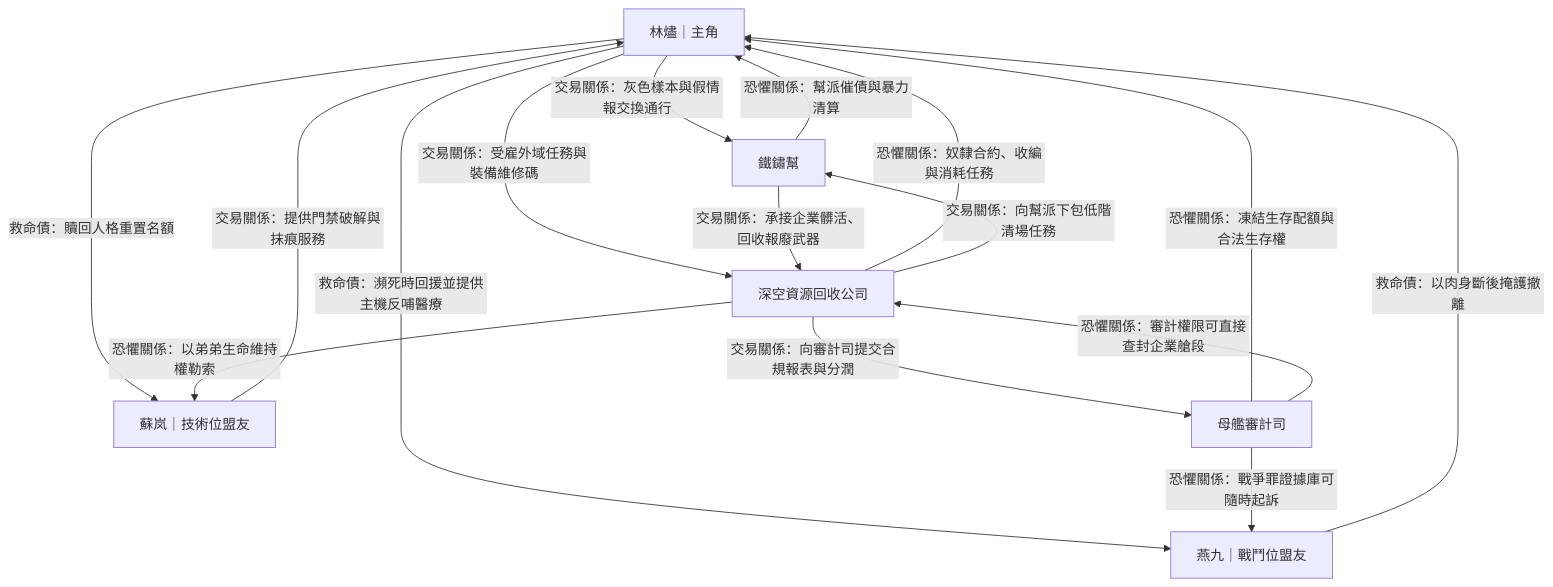
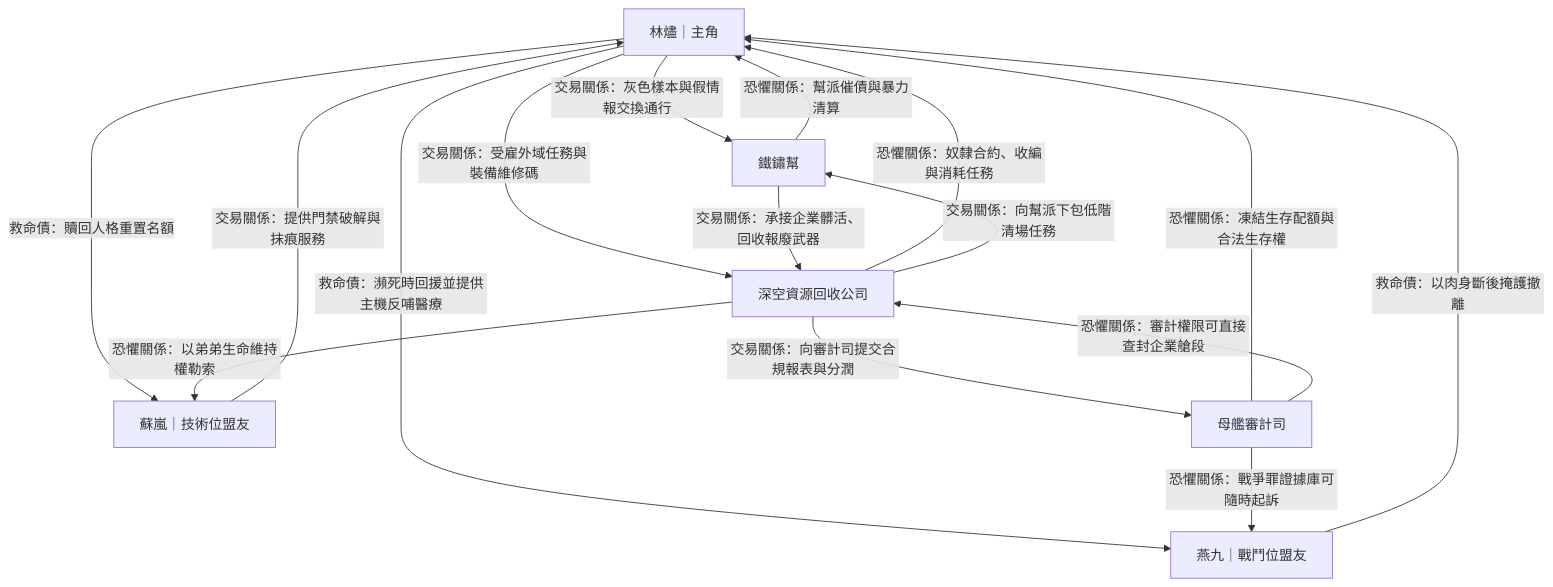
The diagram in 02_PROJECT_DATABASE/99_ARCHIVE/no_crawl/legacy_structure/00_核心設定/09_勢力設定.md (skydreamer0/novel_ark-micro-civ), drawn with Mermaid before and after one commit. The commit also changed other lines of this file and 169 other files, not shown here.

````diff
--- a/02_PROJECT_DATABASE/99_ARCHIVE/no_crawl/legacy_structure/00_核心設定/09_勢力設定.md
+++ b/02_PROJECT_DATABASE/99_ARCHIVE/no_crawl/legacy_structure/00_核心設定/09_勢力設定.md
@@ -14,30 +14,30 @@
 ```mermaid
 graph TD
     LJ[林燼｜主角]
     WT[燕九｜戰鬥位盟友]
-    SL[蘇岚｜技術位盟友]
+    SL[蘇嵐｜技術位盟友]
     TX[鐵鏽幫]
     DS[深空資源回收公司]
     AU[母艦審計司]
 
     LJ -->|救命債：瀕死時回援並提供主機反哺醫療| WT
     WT -->|救命債：以肉身斷後掩護撤離| LJ
 
     LJ -->|救命債：贖回人格重置名額| SL
     SL -->|交易關係：提供門禁破解與抹痕服務| LJ
 
     LJ -->|交易關係：灰色樣本與假情報交換通行| TX
     TX -->|恐懼關係：幫派催債與暴力清算| LJ
 
     LJ -->|交易關係：受雇外域任務與裝備維修碼| DS
     DS -->|恐懼關係：奴隸合約、收編與消耗任務| LJ
 
     AU -->|恐懼關係：凍結生存配額與合法生存權| LJ
     AU -->|恐懼關係：戰爭罪證據庫可隨時起訴| WT
     DS -->|恐懼關係：以弟弟生命維持權勒索| SL
 
     TX -->|交易關係：承接企業髒活、回收報廢武器| DS
     DS -->|交易關係：向幫派下包低階清場任務| TX
     DS -->|交易關係：向審計司提交合規報表與分潤| AU
     AU -->|恐懼關係：審計權限可直接查封企業艙段| DS
 ```
````
